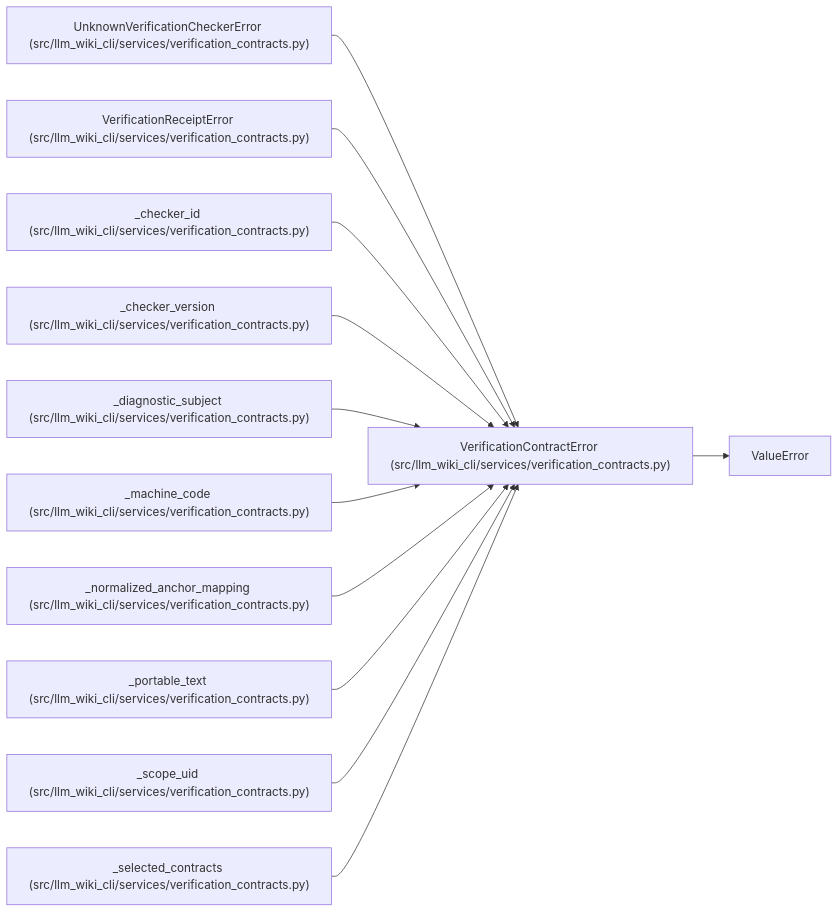
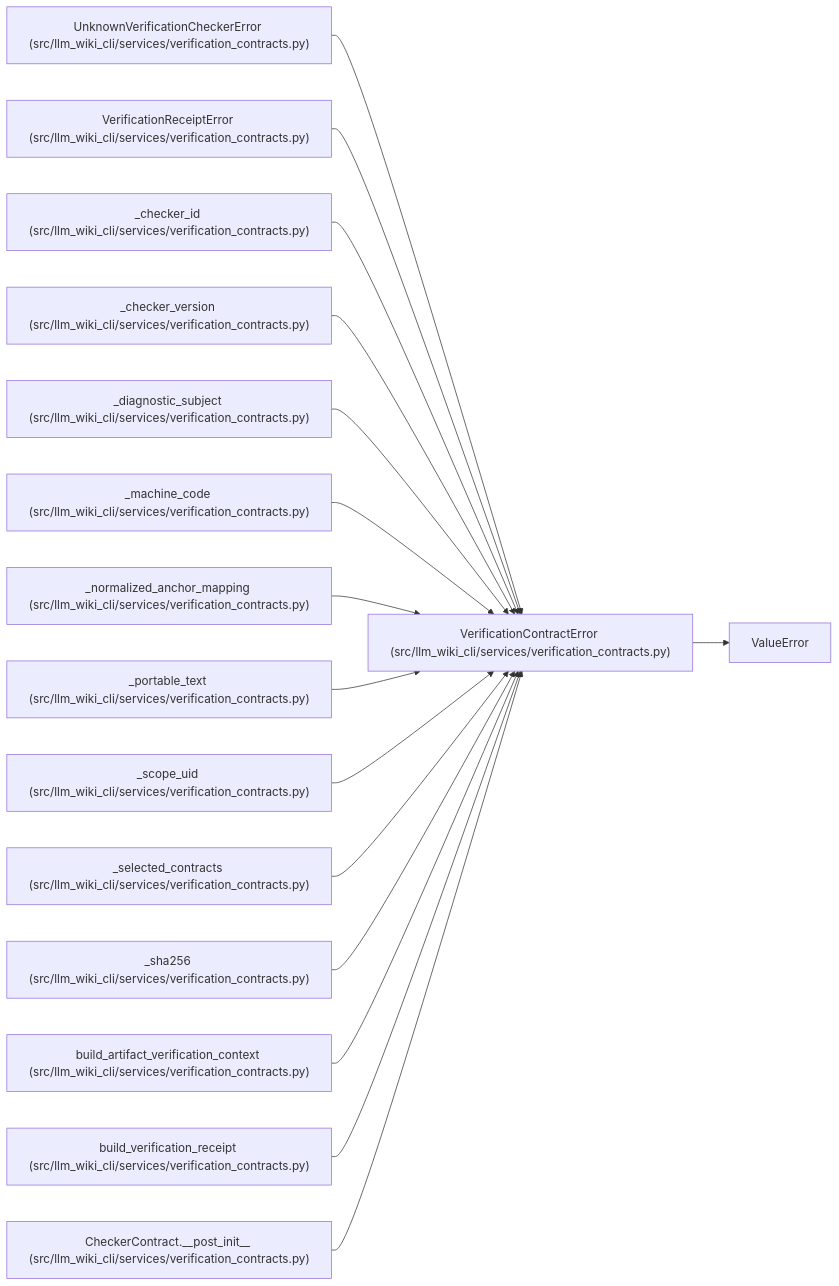
One commit to Denissvgn/python-wiki-llm changed the diagram in docs/llm_wiki/entities/VerificationContractError.md. Above: the diagram before and after it, drawn with Mermaid. The commit also changed other lines of this file and 493 other files, not shown here.

````diff
--- a/docs/llm_wiki/entities/VerificationContractError.md
+++ b/docs/llm_wiki/entities/VerificationContractError.md
@@ -23,37 +23,49 @@
 ```mermaid
 flowchart LR
     n0["VerificationContractError (src/llm_wiki_cli/services/verification_contracts.py)"]
     n1["ValueError"]
     n2["UnknownVerificationCheckerError (src/llm_wiki_cli/services/verification_contracts.py)"]
     n3["VerificationReceiptError (src/llm_wiki_cli/services/verification_contracts.py)"]
     n4["_checker_id (src/llm_wiki_cli/services/verification_contracts.py)"]
     n5["_checker_version (src/llm_wiki_cli/services/verification_contracts.py)"]
     n6["_diagnostic_subject (src/llm_wiki_cli/services/verification_contracts.py)"]
     n7["_machine_code (src/llm_wiki_cli/services/verification_contracts.py)"]
     n8["_normalized_anchor_mapping (src/llm_wiki_cli/services/verification_contracts.py)"]
     n9["_portable_text (src/llm_wiki_cli/services/verification_contracts.py)"]
     n10["_scope_uid (src/llm_wiki_cli/services/verification_contracts.py)"]
     n11["_selected_contracts (src/llm_wiki_cli/services/verification_contracts.py)"]
+    n12["_sha256 (src/llm_wiki_cli/services/verification_contracts.py)"]
+    n13["build_artifact_verification_context (src/llm_wiki_cli/services/verification_contracts.py)"]
+    n14["build_verification_receipt (src/llm_wiki_cli/services/verification_contracts.py)"]
+    n15["CheckerContract.__post_init__ (src/llm_wiki_cli/services/verification_contracts.py)"]
     n0 --> n1
     n2 --> n0
     n3 --> n0
     n4 --> n0
     n5 --> n0
     n6 --> n0
     n7 --> n0
     n8 --> n0
     n9 --> n0
     n10 --> n0
     n11 --> n0
+    n12 --> n0
+    n13 --> n0
+    n14 --> n0
+    n15 --> n0
     click n0 "../modules/verification_contracts.md"
     click n2 "../modules/verification_contracts.md"
     click n3 "../modules/verification_contracts.md"
     click n4 "../modules/verification_contracts.md"
     click n5 "../modules/verification_contracts.md"
     click n6 "../modules/verification_contracts.md"
     click n7 "../modules/verification_contracts.md"
     click n8 "../modules/verification_contracts.md"
     click n9 "../modules/verification_contracts.md"
     click n10 "../modules/verification_contracts.md"
     click n11 "../modules/verification_contracts.md"
+    click n12 "../modules/verification_contracts.md"
+    click n13 "../modules/verification_contracts.md"
+    click n14 "../modules/verification_contracts.md"
+    click n15 "../modules/verification_contracts.md"
 ```
````
